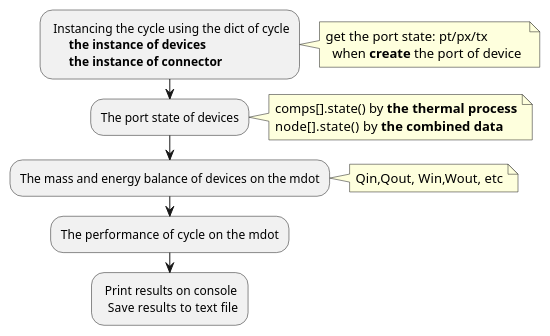
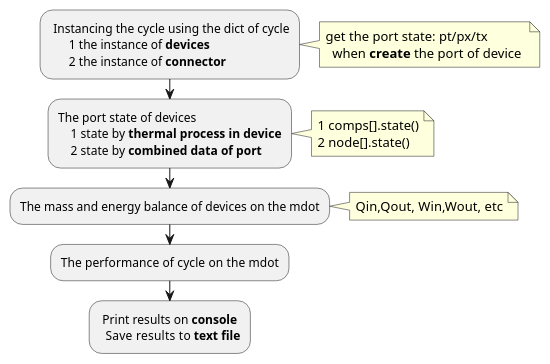
Before and after one commit to thermalogic/Practices: the first of 28 diagrams in P2/PlantUML_Flowchart.md, drawn with PlantUML. The commit also changed 2 other files, not shown here.

Commit message:
update json

````diff
--- a/P2/PlantUML_Flowchart.md
+++ b/P2/PlantUML_Flowchart.md
@@ -37,22 +37,24 @@
 ```puml
 : Instancing the cycle using the dict of cycle 
-      **the instance of devices**    
-      **the instance of connector**;
+      1 the instance of **devices**    
+      2 the instance of **connector**;
 note right
     get the port state: pt/px/tx 
       when **create** the port of device 
 end note
-:The port state of devices;
+:The port state of devices
+    1 state by **thermal process in device**
+    2 state by **combined data of port**;
 note right
-    comps[].state() by **the thermal process**
-    node[].state()  by **the combined data**
+    1 comps[].state()
+    2 node[].state()
 end note
 :The mass and energy balance of devices on the mdot;
 note right
     Qin,Qout, Win,Wout, etc
 end note
 
 :The performance of cycle  on the mdot;
-: Print results on console  
-  Save  results to text file; 
+: Print results on **console**  
+  Save  results to **text file**; 
 ```
````
